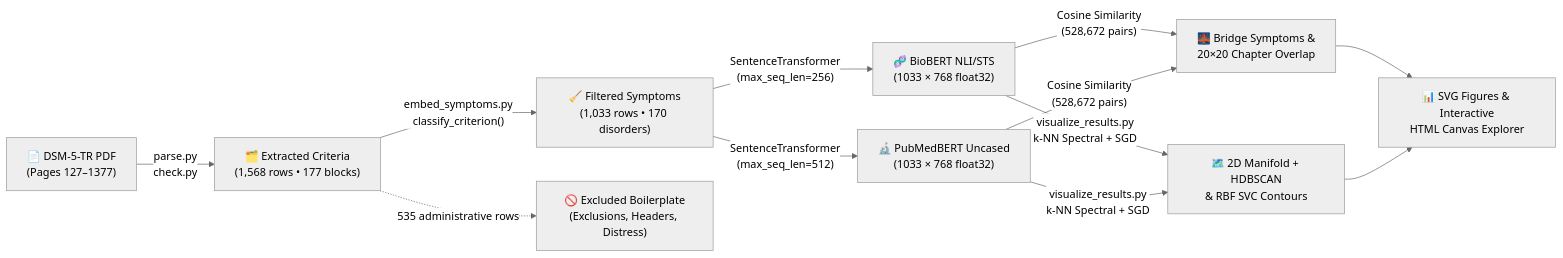
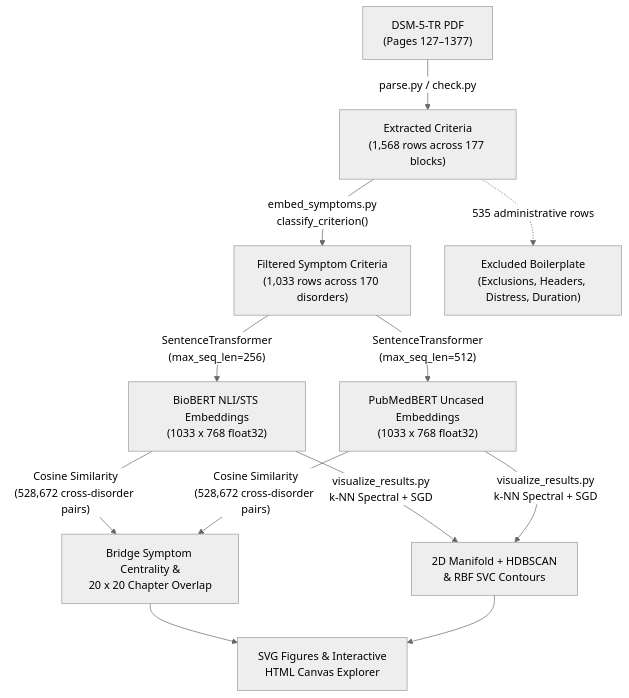
The diagram in README.md (Ivan-Cheuk0/dsm5tr-nlp-transdiagnostic), drawn with Mermaid (neutral theme) before and after one commit. The commit also changed other lines of this file and 1 other file, not shown here.

Commit message:
Add .gitattributes for 100% Python Linguist stats and update Mermaid diagram to top-down without emojis

````diff
--- a/README.md
+++ b/README.md
@@ -63,11 +64,11 @@
 ```mermaid
-flowchart LR
-    A["📄 DSM-5-TR PDF<br/>(Pages 127–1377)"] -->|"parse.py<br/>check.py"| B["🗂️ Extracted Criteria<br/>(1,568 rows • 177 blocks)"]
-    B -->|"embed_symptoms.py<br/>classify_criterion()"| C["🧹 Filtered Symptoms<br/>(1,033 rows • 170 disorders)"]
-    B -.->|"535 administrative rows"| X["🚫 Excluded Boilerplate<br/>(Exclusions, Headers, Distress)"]
-    C -->|"SentenceTransformer<br/>(max_seq_len=256)"| D1["🧬 BioBERT NLI/STS<br/>(1033 × 768 float32)"]
-    C -->|"SentenceTransformer<br/>(max_seq_len=512)"| D2["🔬 PubMedBERT Uncased<br/>(1033 × 768 float32)"]
-    D1 & D2 -->|"Cosine Similarity<br/>(528,672 pairs)"| E["🌉 Bridge Symptoms &<br/>20×20 Chapter Overlap"]
-    D1 & D2 -->|"visualize_results.py<br/>k-NN Spectral + SGD"| F["🗺️ 2D Manifold + HDBSCAN<br/>& RBF SVC Contours"]
-    E & F --> G["📊 SVG Figures & Interactive<br/>HTML Canvas Explorer"]
+flowchart TD
+    A["DSM-5-TR PDF<br/>(Pages 127–1377)"] -->|"parse.py / check.py"| B["Extracted Criteria<br/>(1,568 rows across 177 blocks)"]
+    B -->|"embed_symptoms.py<br/>classify_criterion()"| C["Filtered Symptom Criteria<br/>(1,033 rows across 170 disorders)"]
+    B -.->|"535 administrative rows"| X["Excluded Boilerplate<br/>(Exclusions, Headers, Distress, Duration)"]
+    C -->|"SentenceTransformer<br/>(max_seq_len=256)"| D1["BioBERT NLI/STS Embeddings<br/>(1033 x 768 float32)"]
+    C -->|"SentenceTransformer<br/>(max_seq_len=512)"| D2["PubMedBERT Uncased Embeddings<br/>(1033 x 768 float32)"]
+    D1 & D2 -->|"Cosine Similarity<br/>(528,672 cross-disorder pairs)"| E["Bridge Symptom Centrality &<br/>20 x 20 Chapter Overlap"]
+    D1 & D2 -->|"visualize_results.py<br/>k-NN Spectral + SGD"| F["2D Manifold + HDBSCAN<br/>& RBF SVC Contours"]
+    E & F --> G["SVG Figures & Interactive<br/>HTML Canvas Explorer"]
 ```
````
